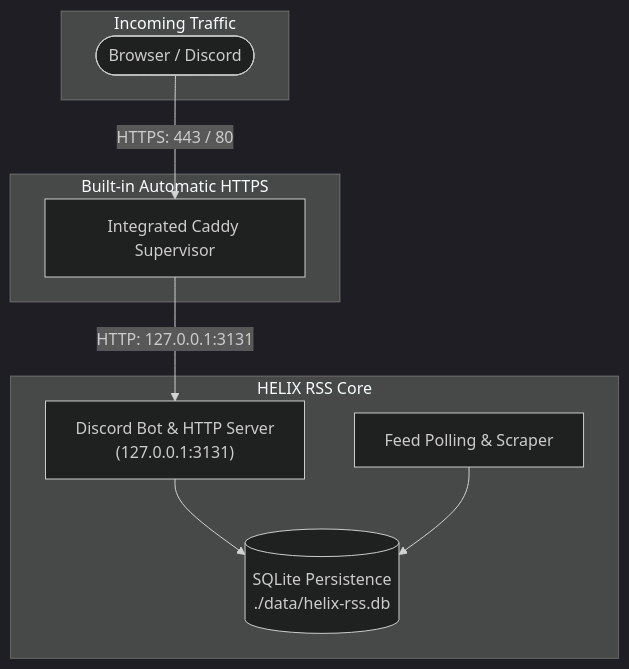
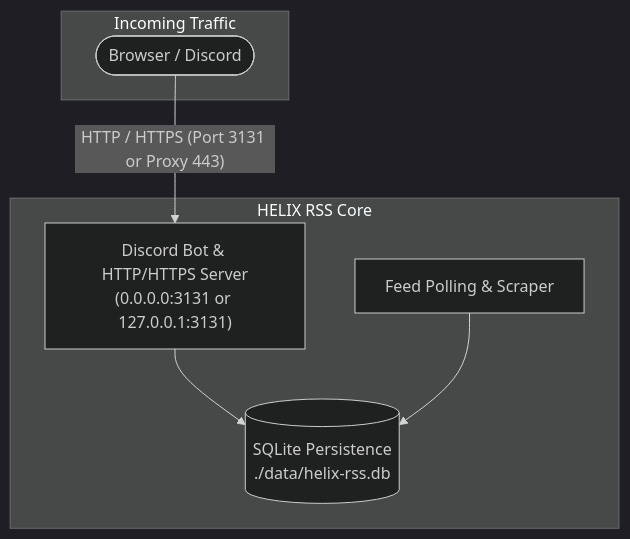
Before and after one commit to HELIX-Origin/Discord-RSS: the diagram in wiki/Deployment-and-Hosting.md, drawn with Mermaid (dark theme). The commit also changed other lines of this file and 12 other files, not shown here.

First line of the commit message:
🧹 Remove integrated Caddy supervisor and configuration

````diff
--- a/wiki/Deployment-and-Hosting.md
+++ b/wiki/Deployment-and-Hosting.md
@@ -5,21 +5,16 @@
 ```mermaid
 flowchart TD
     subgraph InternetTraffic [Incoming Traffic]
         Client(["Browser / Discord"])
     end
 
-    subgraph ReverseProxy [Built-in Automatic HTTPS]
-        Caddy["Integrated Caddy Supervisor"]
-    end
-
     subgraph ServiceCore [HELIX RSS Core]
-        Bot["Discord Bot & HTTP Server<br/>(127.0.0.1:3131)"]
+        Bot["Discord Bot & HTTP/HTTPS Server<br/>(0.0.0.0:3131 or 127.0.0.1:3131)"]
         DB[("SQLite Persistence<br/>./data/helix-rss.db")]
         Scheduler["Feed Polling & Scraper"]
     end
 
-    Client -->|"HTTPS: 443 / 80"| Caddy
-    Caddy -->|"HTTP: 127.0.0.1:3131"| Bot
+    Client -->|"HTTP / HTTPS (Port 3131 or Proxy 443)"| Bot
     Bot --> DB
     Scheduler --> DB
 ```
````
